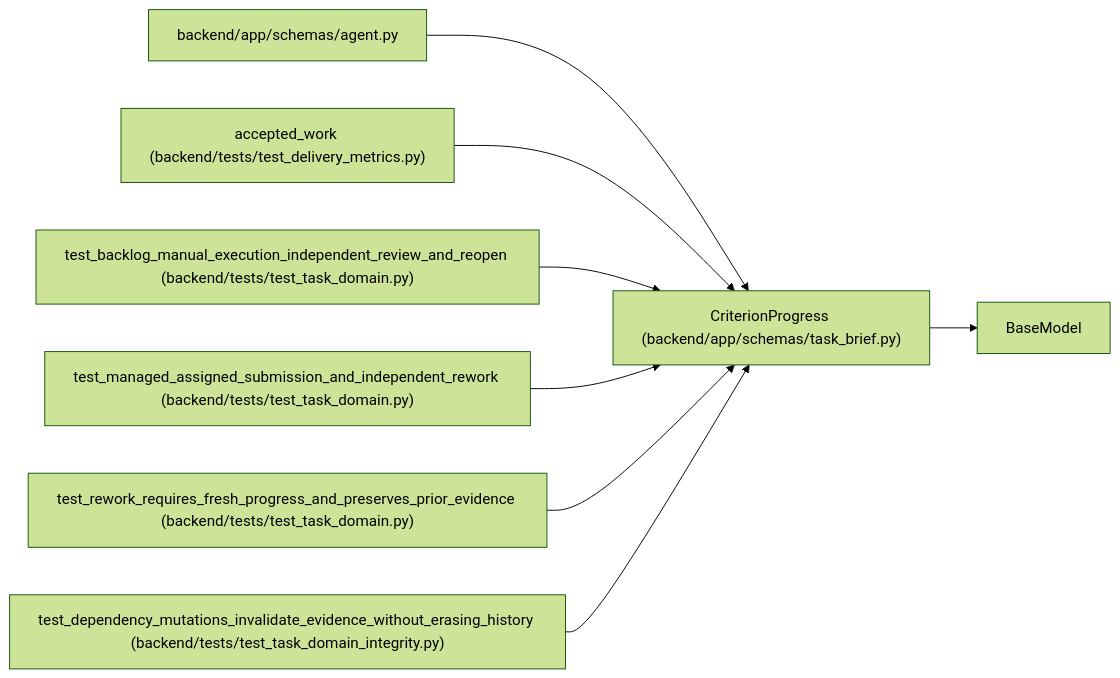
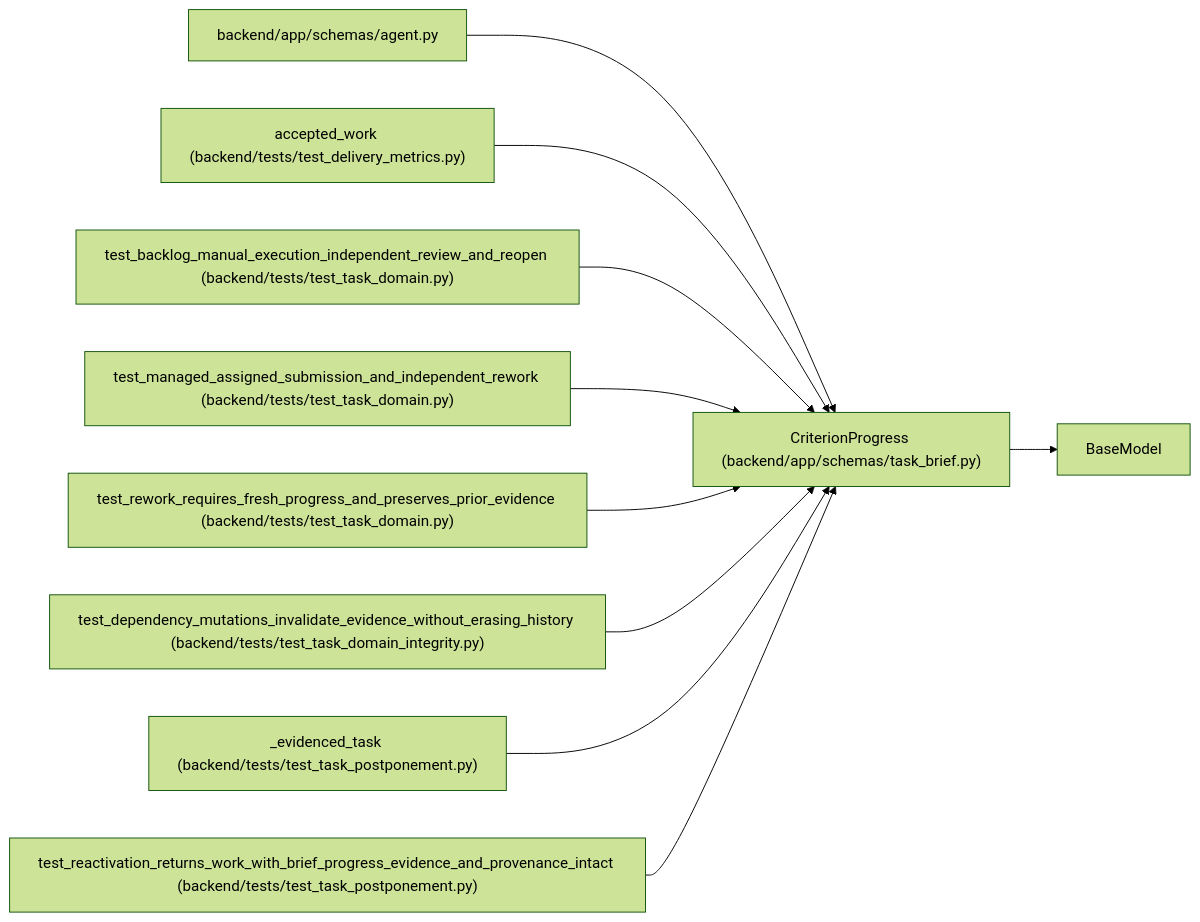
One commit to Denissvgn/WorkChord changed the diagram in docs/llm_wiki/entities/schemas_task_brief_CriterionProgress.md. Above: the diagram before and after it, drawn with Mermaid (forest theme). The commit also changed other lines of this file and 732 other files, not shown here.

Commit message:
Sync the architectural wiki for the postponed task status

````diff
--- a/docs/llm_wiki/entities/schemas_task_brief_CriterionProgress.md
+++ b/docs/llm_wiki/entities/schemas_task_brief_CriterionProgress.md
@@ -34,25 +34,31 @@
 ```mermaid
 flowchart LR
     n0["CriterionProgress (backend/app/schemas/task_brief.py)"]
     n1["BaseModel"]
     n2["backend/app/schemas/agent.py"]
     n3["accepted_work (backend/tests/test_delivery_metrics.py)"]
     n4["test_backlog_manual_execution_independent_review_and_reopen (backend/tests/test_task_domain.py)"]
     n5["test_managed_assigned_submission_and_independent_rework (backend/tests/test_task_domain.py)"]
     n6["test_rework_requires_fresh_progress_and_preserves_prior_evidence (backend/tests/test_task_domain.py)"]
     n7["test_dependency_mutations_invalidate_evidence_without_erasing_history (backend/tests/test_task_domain_integrity.py)"]
+    n8["_evidenced_task (backend/tests/test_task_postponement.py)"]
+    n9["test_reactivation_returns_work_with_brief_progress_evidence_and_provenance_intact (backend/tests/test_task_postponement.py)"]
     n0 --> n1
     n2 --> n0
     n3 --> n0
     n4 --> n0
     n5 --> n0
     n6 --> n0
     n7 --> n0
+    n8 --> n0
+    n9 --> n0
     click n0 "../modules/schemas_task_brief.md"
     click n2 "../modules/schemas_agent.md"
     click n3 "../modules/test_delivery_metrics.md"
     click n4 "../modules/test_task_domain.md"
     click n5 "../modules/test_task_domain.md"
     click n6 "../modules/test_task_domain.md"
     click n7 "../modules/test_task_domain_integrity.md"
+    click n8 "../modules/test_task_postponement.md"
+    click n9 "../modules/test_task_postponement.md"
 ```
````
